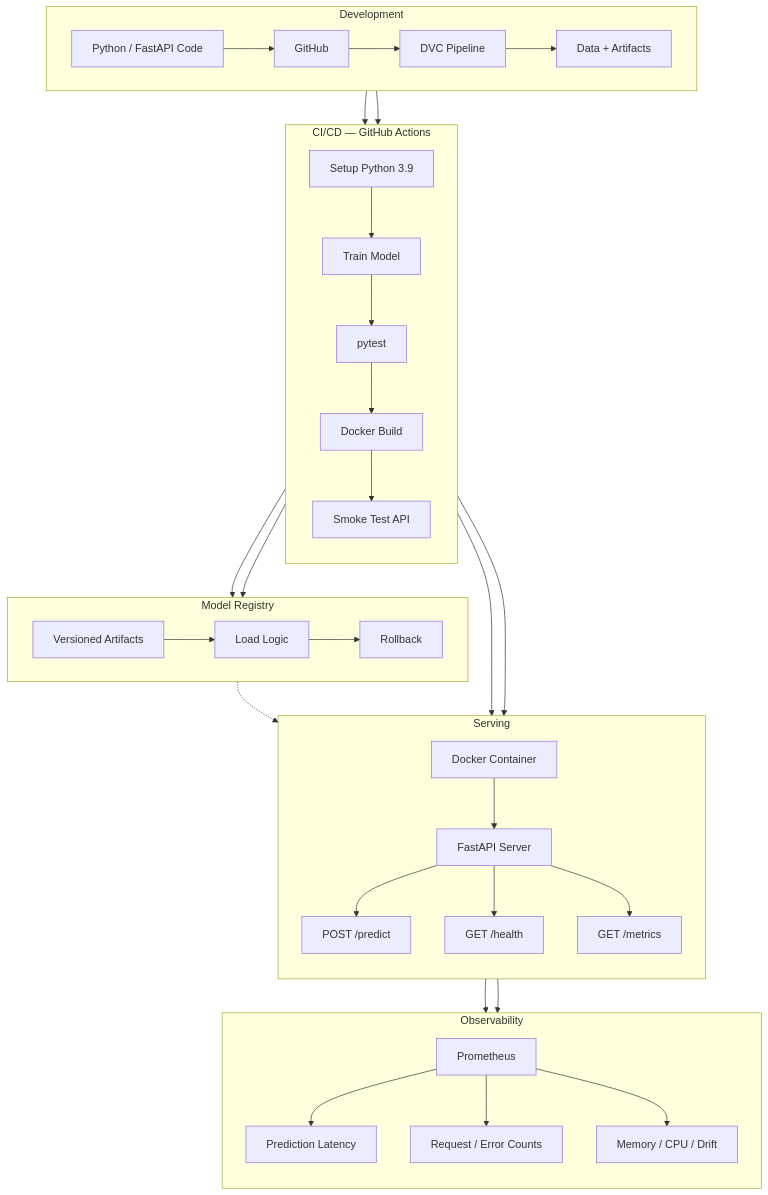
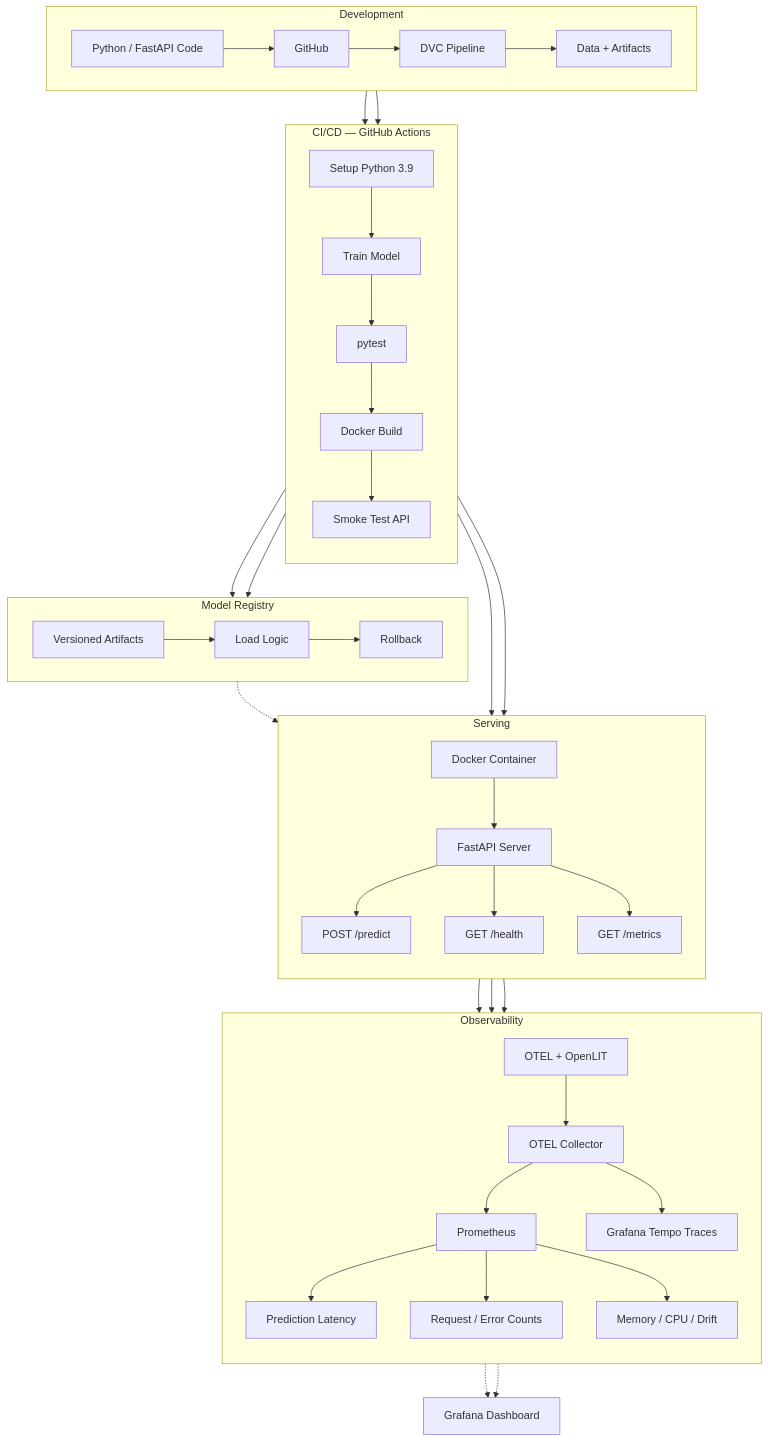
Before and after one commit to tukue/mlops-model-ci-cd: the diagram in README.md, drawn with Mermaid. The commit also changed other lines of this file and 12 other files, not shown here.

First line of the commit message:
Add LLM observability with OpenTelemetry, OpenLIT, and Grafana stack

````diff
--- a/README.md
+++ b/README.md
@@ -11,59 +11,65 @@
 ```mermaid
 flowchart TB
     classDef dev fill:#1a1a2e,color:#e94560,stroke:#e94560
     classDef ci fill:#16213e,color:#0f3460,stroke:#0f3460
     classDef reg fill:#533483,color:#e94560,stroke:#e94560
     classDef serve fill:#2d4059,color:#00adb5,stroke:#00adb5
     classDef obs fill:#1b1b2f,color:#f08a5d,stroke:#f08a5d
 
     subgraph DEV["Development"]
         direction LR
         CODE[Python / FastAPI Code] --> GIT[GitHub]
         DVC[DVC Pipeline] --> DATA[Data + Artifacts]
         GIT --> DVC
     end
     class DEV dev
 
     subgraph CI_CD["CI/CD — GitHub Actions"]
         direction TB
         GIT --> SETUP[Setup Python 3.9]
         SETUP --> TRAIN[Train Model]
         TRAIN --> TEST[pytest]
         TEST --> BUILD[Docker Build]
         BUILD --> VALIDATE[Smoke Test API]
     end
     class CI_CD ci
 
     subgraph REG["Model Registry"]
         direction LR
         TRAIN --> MODEL[Versioned Artifacts]
         MODEL --> DEPLOY[Load Logic]
         DEPLOY --> ROLLBACK[Rollback]
     end
     class REG reg
 
     subgraph SERVE["Serving"]
         direction TB
         BUILD --> DOCKER[Docker Container]
         DOCKER --> API[FastAPI Server]
         API --> PREDICT[POST /predict]
         API --> HEALTH[GET /health]
         API --> METRICS_EP[GET /metrics]
     end
     class SERVE serve
 
     subgraph OBS["Observability"]
         direction TB
         METRICS_EP --> PROM[Prometheus]
         PROM --> LATENCY[Prediction Latency]
         PROM --> COUNTS[Request / Error Counts]
         PROM --> GAUGES[Memory / CPU / Drift]
+        PREDICT --> OTel[OTEL + OpenLIT]
+        OTel --> COLLECTOR[OTEL Collector]
+        COLLECTOR --> TEMPO[Grafana Tempo Traces]
+        COLLECTOR --> PROM
     end
     class OBS obs
 
     DEV --> CI_CD
     CI_CD --> REG
     CI_CD --> SERVE
     SERVE --> OBS
     REG -.-> API
+    TEMPO -.-> GRAFANA[Grafana Dashboard]
+    PROM -.-> GRAFANA
 ```
````
